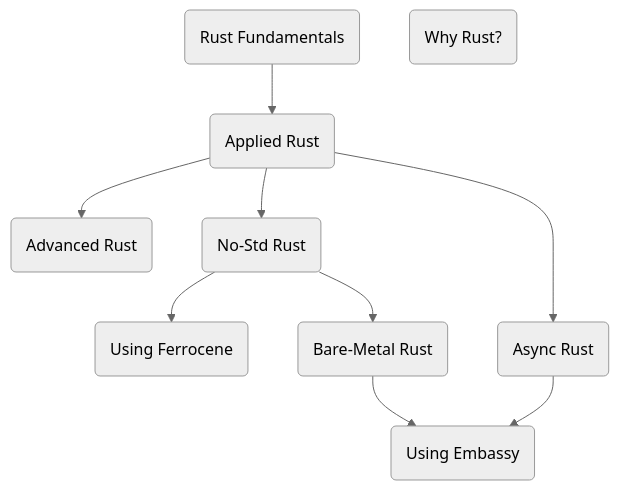
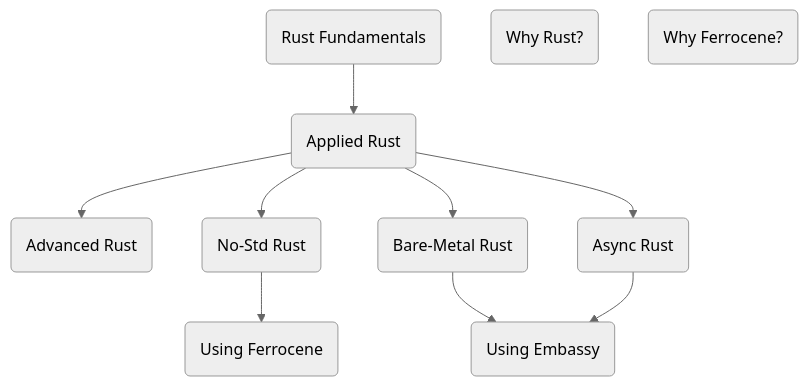
The diagram in training-slides/src/start_here.md (ferrous-systems/rust-training), drawn with Mermaid (neutral theme) before and after one commit. The commit also changed other lines of this file and 2 other files, not shown here.

Commit message:
Use empty headings for missing slide decks.
Requires mdslides 0.4

````diff
--- a/training-slides/src/start_here.md
+++ b/training-slides/src/start_here.md
@@ -9,12 +9,13 @@
 ```mermaid
 graph TD;
     Fundamentals(Rust Fundamentals)-->Applied(Applied Rust);
     Applied-->Advanced(Advanced Rust);
     Applied-->NoStd(No-Std Rust);
     NoStd-->Ferrocene(Using Ferrocene);
-    NoStd-->BareMetal(Bare-Metal Rust);
+    Applied-->BareMetal(Bare-Metal Rust);
     Applied-->Async(Async Rust);
     BareMetal-->Embassy(Using Embassy);
     Async-->Embassy;
-    Why(Why Rust?);
+    WhyRust(Why Rust?);
+    WhyFerrocene(Why Ferrocene?);
 ```
````
